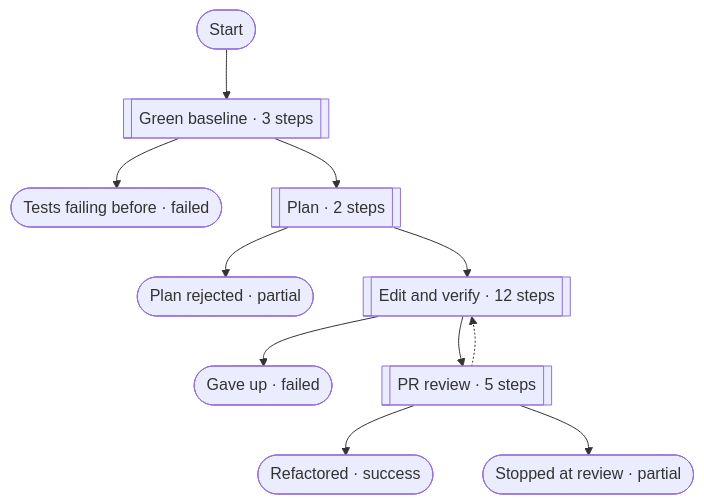
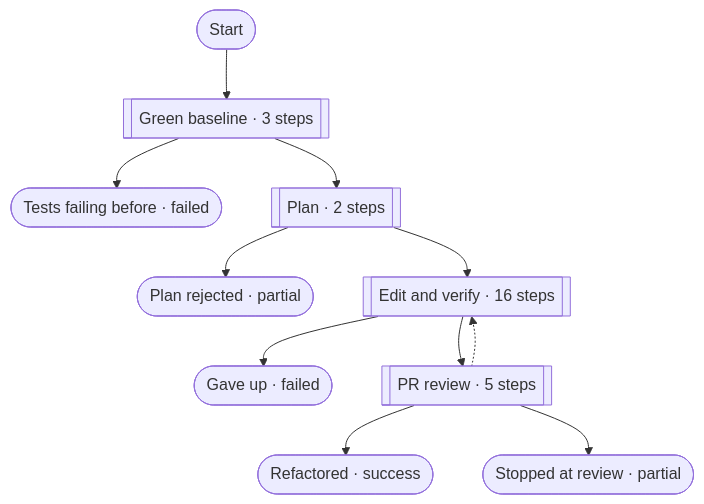
Before and after one commit to pirty6/symphony-core: the third of 7 diagrams in docs/patterns.md, drawn with Mermaid. The commit also changed other lines of this file and 7 other files, not shown here.

First line of the commit message:
edit and verify: one edit budget, lint only after green, re-run before ENVIRONMENT, a person on the reviewed patch

````diff
--- a/docs/patterns.md
+++ b/docs/patterns.md
@@ -238,23 +238,23 @@
 ```mermaid
 flowchart TD
   n_start(["Start"])
   n_reviewStopped(["Stopped at review · partial"])
   n_refactored(["Refactored · success"])
   n_gaveUp(["Gave up · failed"])
   n_notGreen(["Tests failing before · failed"])
   n_rejected(["Plan rejected · partial"])
   n_baselinePhase[["Green baseline · 3 steps"]]
   n_planPhase[["Plan · 2 steps"]]
-  n_editPhase[["Edit and verify · 12 steps"]]
+  n_editPhase[["Edit and verify · 16 steps"]]
   n_prReviewPhase[["PR review · 5 steps"]]
   n_start --> n_baselinePhase
   n_baselinePhase --> n_notGreen
   n_baselinePhase --> n_planPhase
   n_planPhase --> n_editPhase
   n_planPhase --> n_rejected
   n_editPhase --> n_prReviewPhase
   n_editPhase --> n_gaveUp
   n_prReviewPhase --> n_refactored
   n_prReviewPhase -.-> n_editPhase
   n_prReviewPhase --> n_reviewStopped
 ```
````
